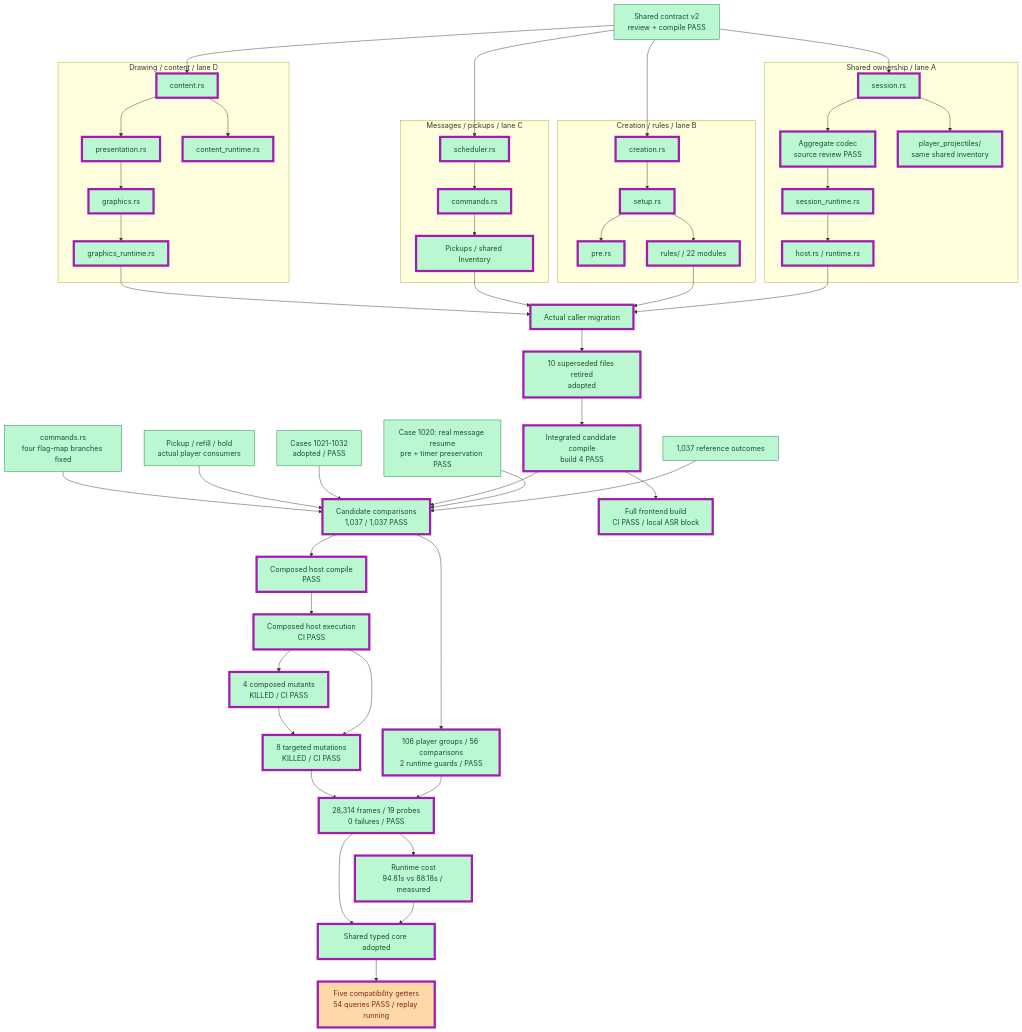
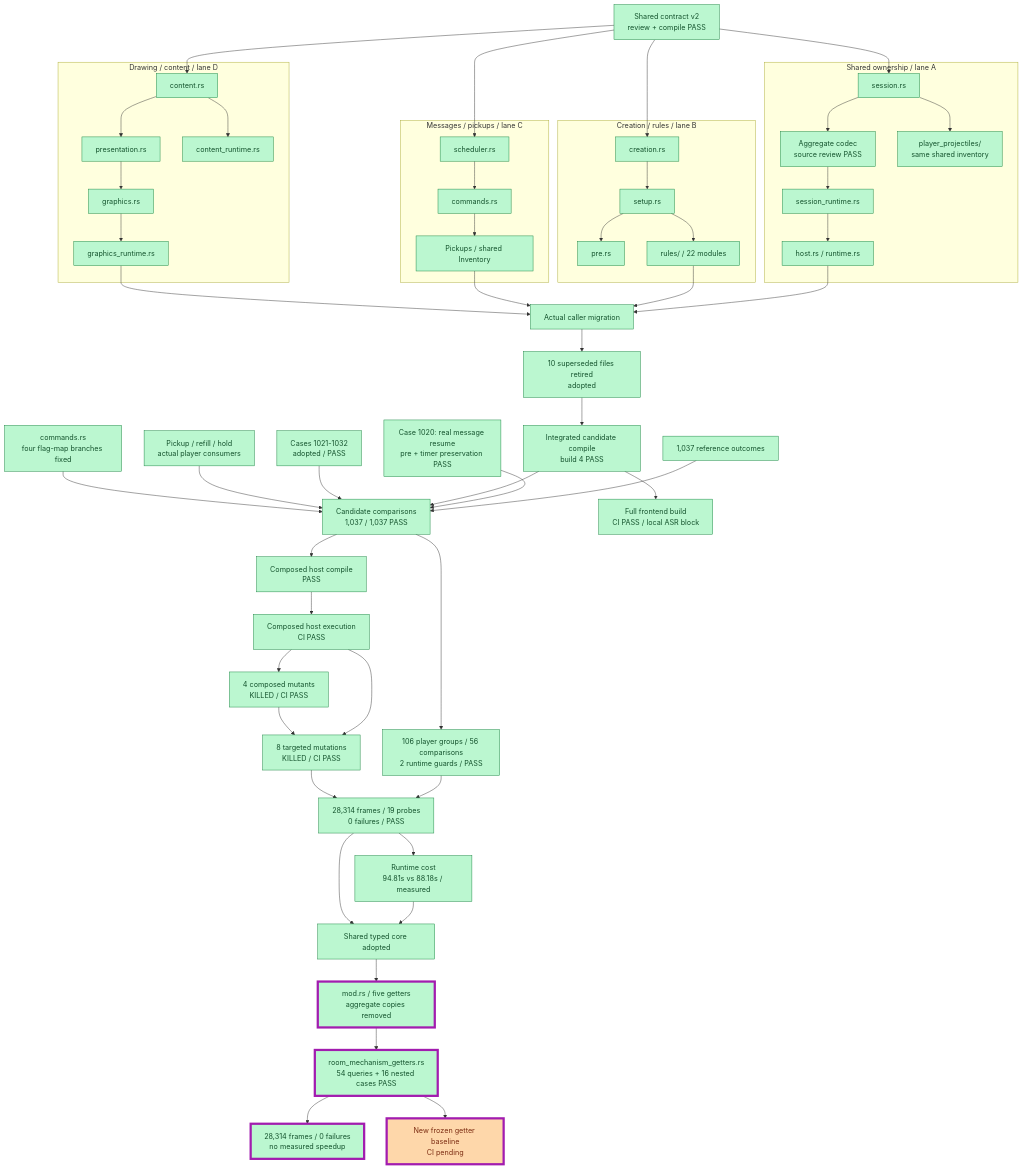
The first of 9 diagrams in PROGRESS.md (JimLundin/sm-decomp), drawn with Mermaid before and after one commit. The commit also changed other lines of this file and 7 other files, not shown here.

Commit message:
Read compatibility getters directly; 54 queries and exercised replay pass

````diff
--- a/PROGRESS.md
+++ b/PROGRESS.md
@@ -12,61 +12,64 @@
 ```mermaid
 flowchart TB
     CONTRACT["Shared contract v2<br/>review + compile PASS"]:::done
     subgraph shared["Shared ownership / lane A"]
         S["session.rs"]:::done --> CODEC["Aggregate codec<br/>source review PASS"]:::done
         S --> PLAYER["player_projectiles/<br/>same shared inventory"]:::done
         CODEC --> RT["session_runtime.rs"]:::done
         RT --> HOST["host.rs / runtime.rs"]:::done
     end
     subgraph creation["Creation / rules / lane B"]
         CREATE["creation.rs"]:::done --> SETUP["setup.rs"]:::done
         SETUP --> PRE["pre.rs"]:::done
         SETUP --> RULES["rules/ / 22 modules"]:::done
     end
     subgraph execution["Messages / pickups / lane C"]
         SCHED["scheduler.rs"]:::done --> CMD["commands.rs"]:::done
         CMD --> PICKUP["Pickups / shared Inventory"]:::done
     end
     subgraph drawing["Drawing / content / lane D"]
         DRAW["presentation.rs"]:::done --> GRAPHICS["graphics.rs"]:::done
         CONTENT["content.rs"]:::done --> DRAW
         CONTENT --> CR["content_runtime.rs"]:::done
         GRAPHICS --> GR["graphics_runtime.rs"]:::done
     end
     CONTRACT --> S
     CONTRACT --> CREATE
     CONTRACT --> SCHED
     CONTRACT --> CONTENT
     HOST --> CALLERS["Actual caller migration"]:::done
     RULES --> CALLERS
     PICKUP --> CALLERS
     GR --> CALLERS
     CALLERS --> DELETE["10 superseded files retired<br/>adopted"]:::done
     BASE["1,037 reference outcomes"]:::done --> COMPARE["Candidate comparisons<br/>1,037 / 1,037 PASS"]:::done
     RESUME["Case 1020: real message resume<br/>pre + timer preservation PASS"]:::done --> COMPARE
     DELETE --> BUILD["Integrated candidate compile<br/>build 4 PASS"]:::done
     BUILD --> COMPARE
     GAP["Cases 1021-1032<br/>adopted / PASS"]:::done --> COMPARE
     SHAREDTEST["Pickup / refill / hold<br/>actual player consumers"]:::done --> COMPARE
     FLAGS["commands.rs<br/>four flag-map branches fixed"]:::done --> COMPARE
     COMPARE --> REG["106 player groups / 56 comparisons<br/>2 runtime guards / PASS"]:::done
     COMPARE --> HC["Composed host compile<br/>PASS"]:::done
     HC --> HE["Composed host execution<br/>CI PASS"]:::done
     HE --> MUT["8 targeted mutations<br/>KILLED / CI PASS"]:::done
     HE --> CM["4 composed mutants<br/>KILLED / CI PASS"]:::done
     CM --> MUT
     BUILD --> FRONT["Full frontend build<br/>CI PASS / local ASR block"]:::done
     REG --> MOVIE["28,314 frames / 19 probes<br/>0 failures / PASS"]:::done
     MUT --> MOVIE
     MOVIE --> PERF["Runtime cost<br/>94.81s vs 88.18s / measured"]:::done
     PERF --> ADOPT
     MOVIE --> ADOPT["Shared typed core adopted"]:::done
-    ADOPT --> GET["Five compatibility getters<br/>54 queries PASS / replay running"]:::active
-    class S,CODEC,PLAYER,RT,HOST,CREATE,SETUP,PRE,RULES,SCHED,CMD,PICKUP,DRAW,GRAPHICS,CONTENT,CR,GR,CALLERS,DELETE,BUILD,COMPARE,REG,HC,HE,MUT,CM,FRONT,MOVIE,PERF,ADOPT,GET changed
+    ADOPT --> GET["mod.rs / five getters<br/>aggregate copies removed"]:::done
+    GET --> GTEST["room_mechanism_getters.rs<br/>54 queries + 16 nested cases PASS"]:::done
+    GTEST --> GMOV["28,314 frames / 0 failures<br/>no measured speedup"]:::done
+    GTEST --> GCI["New frozen getter baseline<br/>CI pending"]:::active
+    class GET,GTEST,GMOV,GCI changed
     classDef done fill:#bbf7d0,stroke:#15803d,color:#14532d
     classDef checked fill:#bfdbfe,stroke:#2563eb,color:#1e3a8a
     classDef active fill:#fed7aa,stroke:#ea580c,color:#7c2d12
     classDef pending fill:#f1f5f9,stroke:#94a3b8,color:#475569,stroke-dasharray:5 5
     classDef failed fill:#fecaca,stroke:#dc2626,color:#7f1d1d
     classDef changed stroke:#a21caf,stroke-width:5px
 ```
````
